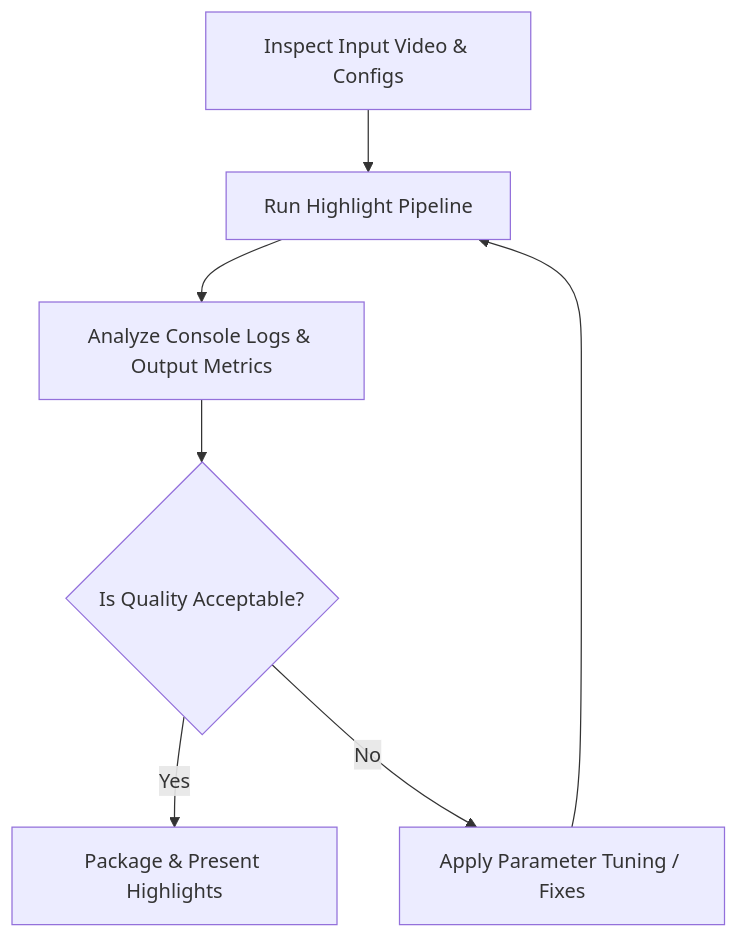
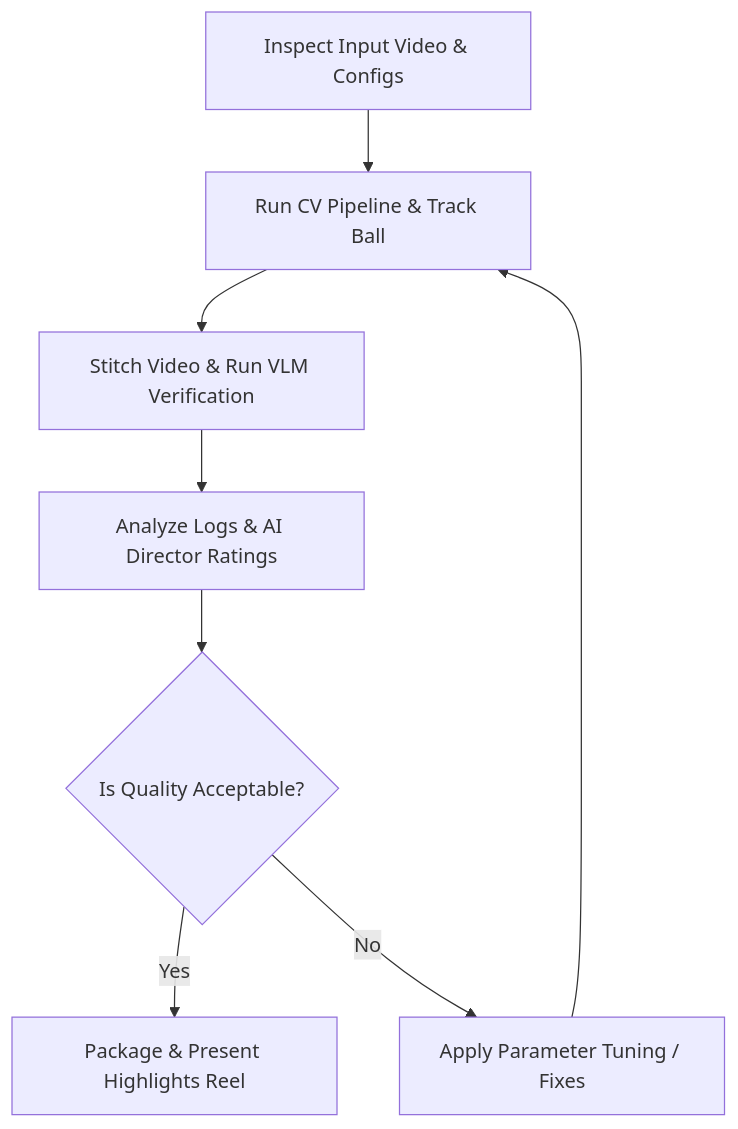
Before and after one commit to momonong/pingpong-auto-highlight: the diagram in AGENT.md, drawn with Mermaid. The commit also changed other lines of this file and 7 other files, not shown here.

Commit message:
feat: implement local ball tracking, highlight auto-stitching, and agentic VLM Director post-processing

````diff
--- a/AGENT.md
+++ b/AGENT.md
@@ -25,9 +25,10 @@
 ```mermaid
 graph TD
-    A[Inspect Input Video & Configs] --> B[Run Highlight Pipeline]
-    B --> C[Analyze Console Logs & Output Metrics]
-    C --> D{Is Quality Acceptable?}
-    D -- Yes --> E[Package & Present Highlights]
-    D -- No --> F[Apply Parameter Tuning / Fixes]
-    F --> B
+    A[Inspect Input Video & Configs] --> B[Run CV Pipeline & Track Ball]
+    B --> C[Stitch Video & Run VLM Verification]
+    C --> D[Analyze Logs & AI Director Ratings]
+    D --> E{Is Quality Acceptable?}
+    E -- Yes --> F[Package & Present Highlights Reel]
+    E -- No --> G[Apply Parameter Tuning / Fixes]
+    G --> B
 ```
````
